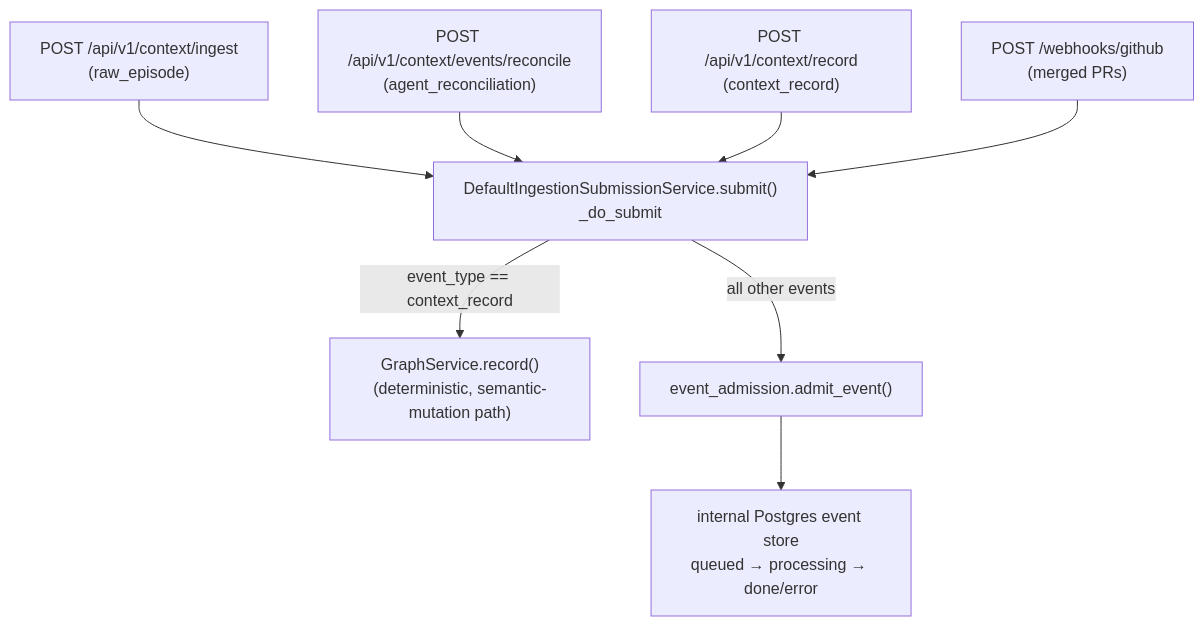
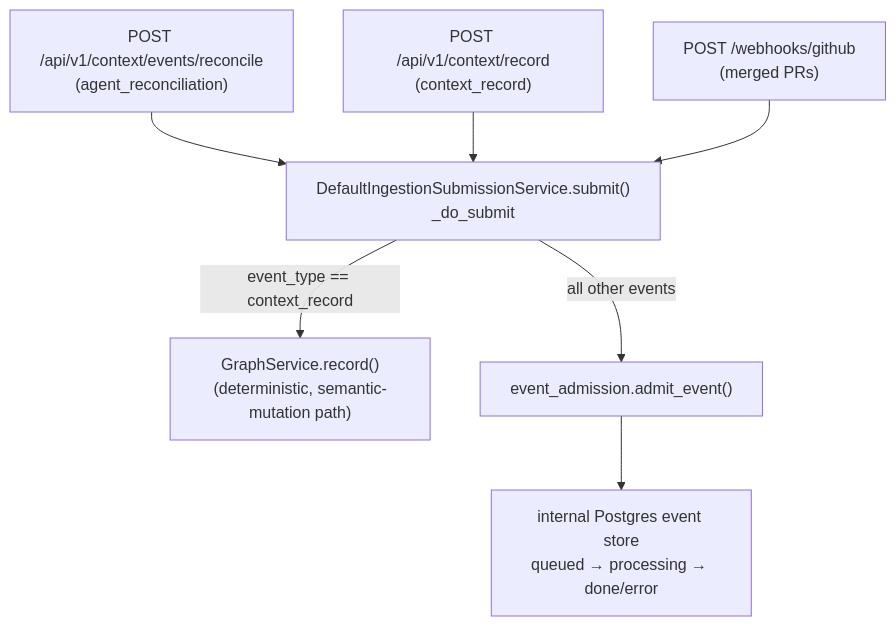
Before and after one commit to potpie-ai/potpie: the diagram in docs/context-graph/ingestion-nudge.md, drawn with Mermaid. The commit also changed other lines of this file and 17 other files, not shown here.

````diff
--- a/docs/context-graph/ingestion-nudge.md
+++ b/docs/context-graph/ingestion-nudge.md
@@ -56,21 +56,19 @@
 ```mermaid
 flowchart TD
-  ing_ep1["POST /api/v1/context/ingest<br/>(raw_episode)"]
   ing_ep2["POST /api/v1/context/events/reconcile<br/>(agent_reconciliation)"]
   ing_ep3["POST /api/v1/context/record<br/>(context_record)"]
   ing_wh["POST /webhooks/github<br/>(merged PRs)"]
 
   ing_submit["DefaultIngestionSubmissionService.submit()<br/>_do_submit"]
   ing_record["GraphService.record()<br/>(deterministic, semantic-mutation path)"]
   ing_admit["event_admission.admit_event()"]
   ing_store["internal Postgres event store<br/>queued → processing → done/error"]
 
-  ing_ep1 --> ing_submit
   ing_ep2 --> ing_submit
   ing_ep3 --> ing_submit
   ing_wh --> ing_submit
 
   ing_submit -->|"event_type == context_record"| ing_record
   ing_submit -->|"all other events"| ing_admit
   ing_admit --> ing_store
 ```
````
